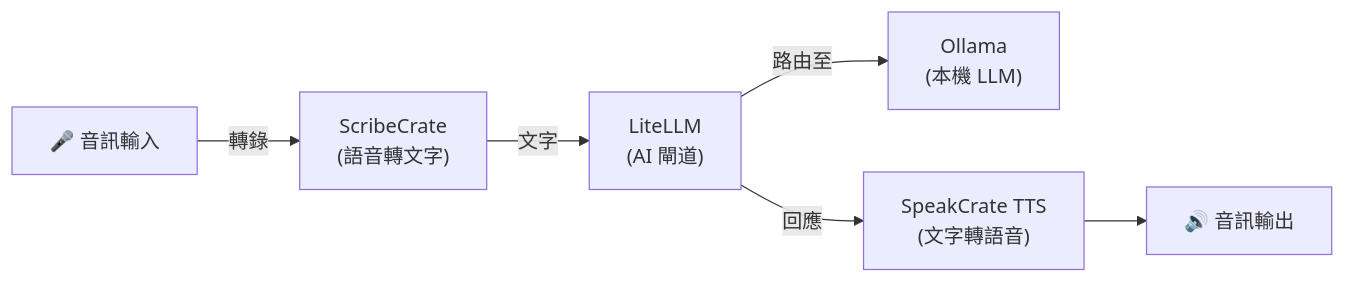
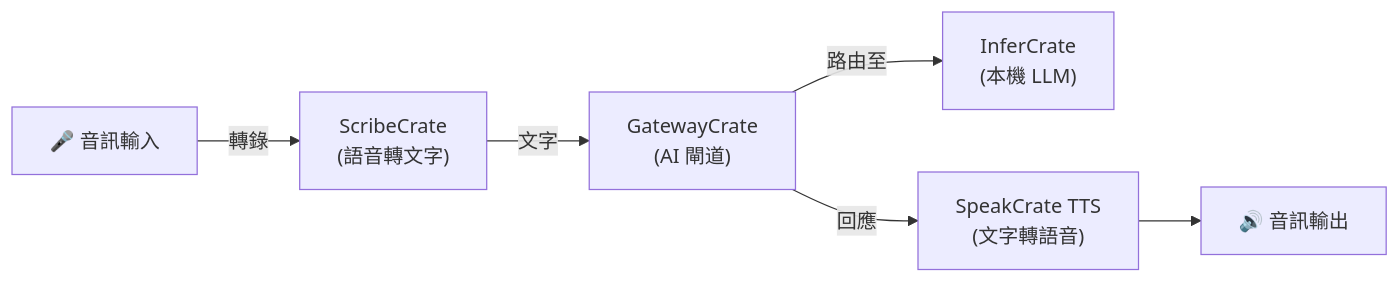
Before and after one commit to hwdsl2/self-hosted-ai-stack: the diagram in stacks/voice-pipeline/README-zh-Hant.md, drawn with Mermaid. The commit also changed other lines of this file and 47 other files, not shown here.

````diff
--- a/stacks/voice-pipeline/README-zh-Hant.md
+++ b/stacks/voice-pipeline/README-zh-Hant.md
@@ -17,8 +17,8 @@
 ```mermaid
 graph LR
     A["🎤 音訊輸入"] -->|轉錄| W["ScribeCrate<br/>(語音轉文字)"]
-    W -->|文字| L["LiteLLM<br/>(AI 閘道)"]
-    L -->|路由至| O["Ollama<br/>(本機 LLM)"]
+    W -->|文字| L["GatewayCrate<br/>(AI 閘道)"]
+    L -->|路由至| O["InferCrate<br/>(本機 LLM)"]
     L -->|回應| T["SpeakCrate TTS<br/>(文字轉語音)"]
     T --> B["🔊 音訊輸出"]
 ```
````
